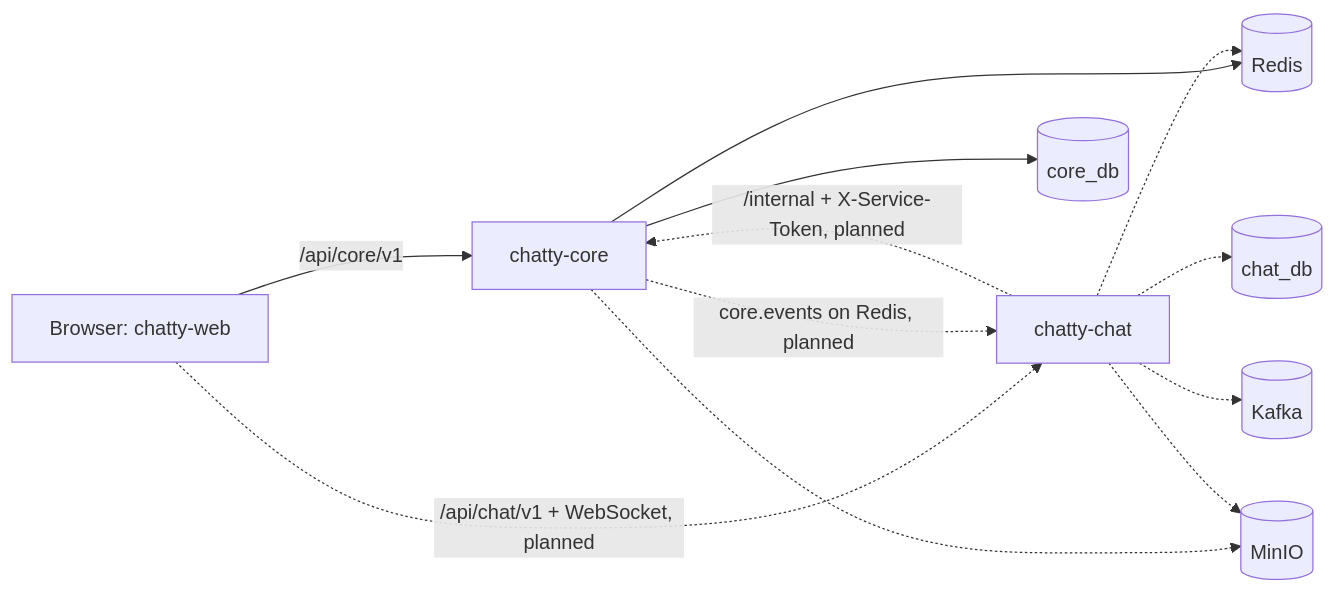
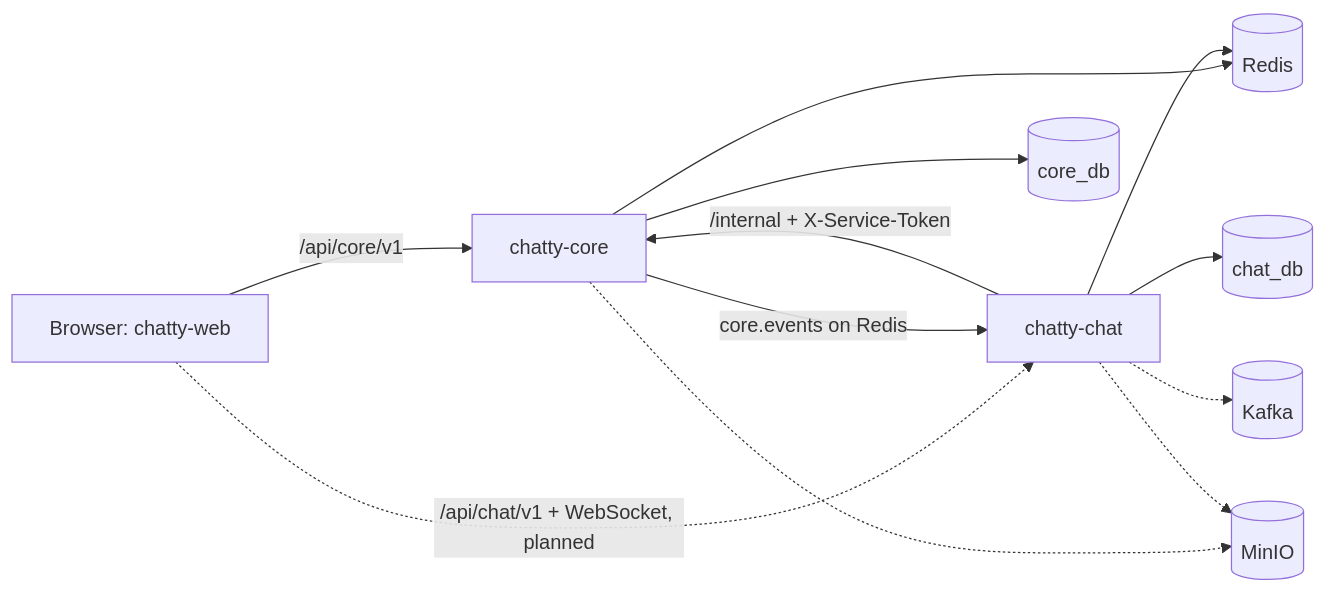
Before and after one commit to Chatty4/chatty-docs: the diagram in architecture/overview.md, drawn with Mermaid. The commit also changed other lines of this file and 8 other files, not shown here.

Commit message:
CHAT-263: chatty-docs: core.events and /internal are live, fill in the chatty-chat page

````diff
--- a/architecture/overview.md
+++ b/architecture/overview.md
@@ -19,14 +19,14 @@
 ```mermaid
 flowchart LR
     B[Browser: chatty-web] -->|/api/core/v1| C[chatty-core]
     B -.->|/api/chat/v1 + WebSocket, planned| H[chatty-chat]
-    H -.->|/internal + X-Service-Token, planned| C
-    C -.->|core.events on Redis, planned| H
+    H -->|/internal + X-Service-Token| C
+    C -->|core.events on Redis| H
     C --> CDB[(core_db)]
     C --> R[(Redis)]
-    H -.-> HDB[(chat_db)]
-    H -.-> R
+    H --> HDB[(chat_db)]
+    H --> R
     H -.-> K[(Kafka)]
     C -.-> M[(MinIO)]
     H -.-> M
 ```
````
